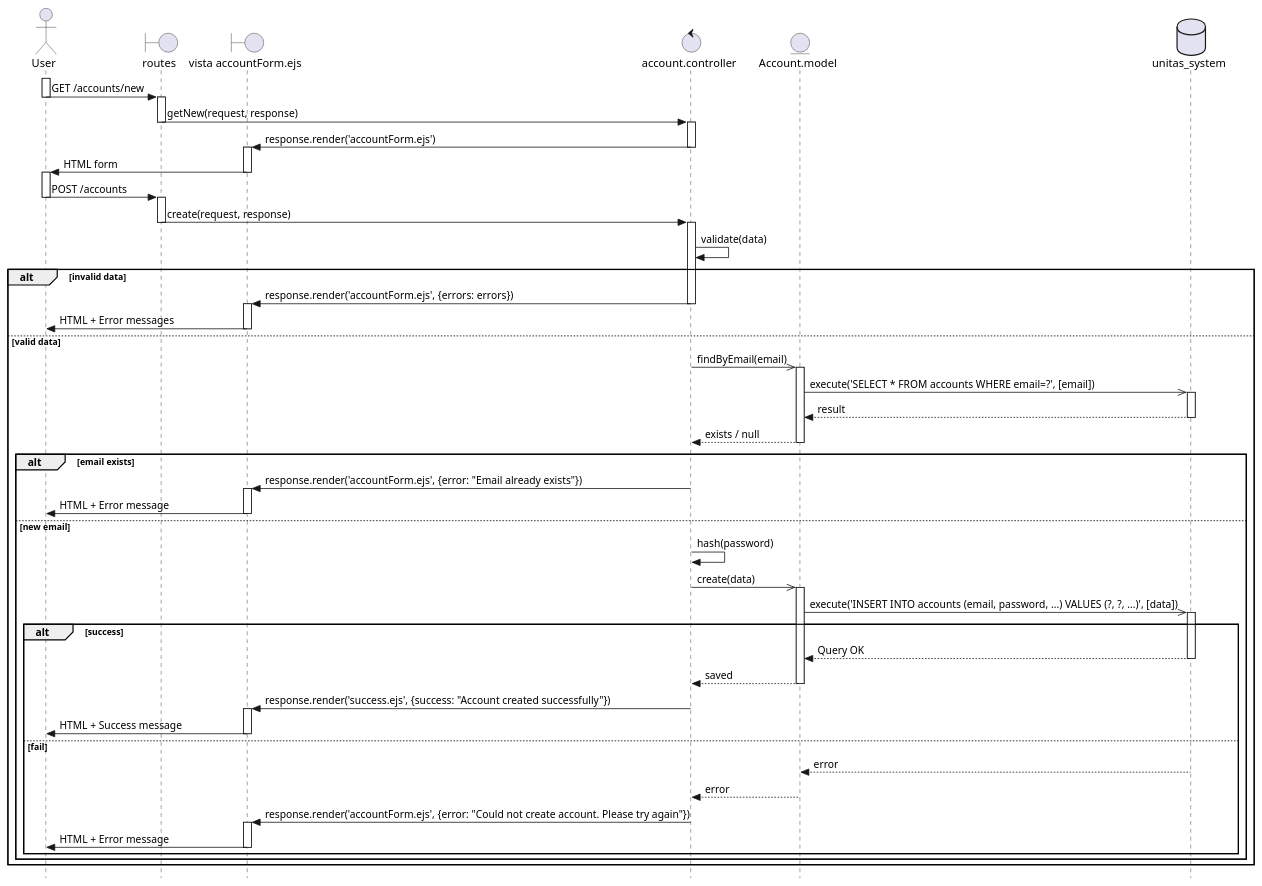
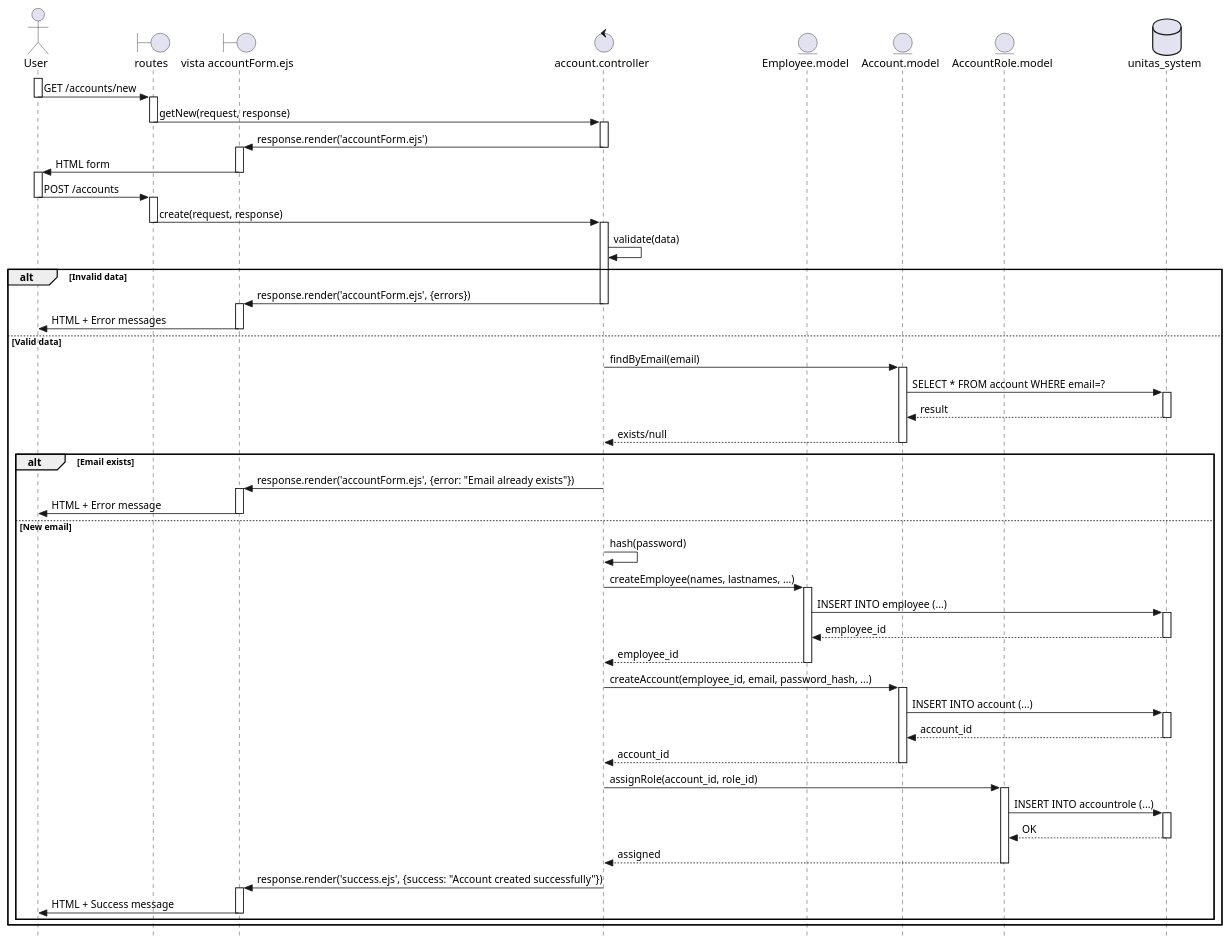
Before and after one commit to Berthou05/LimboSoftwareDevelopment_Change.org: the diagram in documentation/sequence_diagrams/ADMIN-06.puml, drawn with PlantUML. The commit also changed 6 other files, not shown here.

Commit message:
[DOCS] Corrections in activity and sequence diagrams

```diff
--- a/documentation/sequence_diagrams/ADMIN-06.puml
+++ b/documentation/sequence_diagrams/ADMIN-06.puml
@@ -1,94 +1,91 @@
 @startuml
 skinparam style strictuml
 
 actor User as U
 boundary "routes" as RO
 boundary "vista accountForm.ejs" as V
 control "account.controller" as C
+entity "Employee.model" as EM
 entity "Account.model" as AM
+entity "AccountRole.model" as ARM
 database "unitas_system" as BD
 
 activate U
-U -> RO:GET /accounts/new
+U -> RO: GET /accounts/new
 deactivate U
     activate RO
-    RO -> C:getNew(request, response)
+    RO -> C: getNew(request, response)
     deactivate RO
         activate C
-        C -> V:response.render('accountForm.ejs')
+        C -> V: response.render('accountForm.ejs')
         deactivate C
     activate V
-    V -> U:HTML form
+    V -> U: HTML form
     deactivate V
 
 activate U
-U -> RO:POST /accounts
+U -> RO: POST /accounts
 deactivate U
     activate RO
-    RO -> C:create(request, response)
+    RO -> C: create(request, response)
     deactivate RO
         activate C
-        C -> C:validate(data)
-        
-        alt invalid data
-            C -> V:response.render('accountForm.ejs', {errors: errors})
+        C -> C: validate(data)
+        alt Invalid data
+            C -> V: response.render('accountForm.ejs', {errors})
             deactivate C
                 activate V
-                V -> U:HTML + Error messages
+                V -> U: HTML + Error messages
                 deactivate V
-        
-        else valid data
-            C ->> AM:findByEmail(email)
+        else Valid data
+            C -> AM: findByEmail(email)
                 activate AM
-                AM ->> BD:execute('SELECT * FROM accounts WHERE email=?', [email])
+                AM -> BD: SELECT * FROM account WHERE email=?
                     activate BD
-                    BD --> AM:result
+                    BD --> AM: result
                     deactivate BD
-                AM --> C:exists / null
+                AM --> C: exists/null
                 deactivate AM
-            
-            alt email exists
-                C -> V:response.render('accountForm.ejs', {error: "Email already exists"})
+            alt Email exists
+                C -> V: response.render('accountForm.ejs', {error: "Email already exists"})
                 deactivate C
                     activate V
-                    V -> U:HTML + Error message
+                    V -> U: HTML + Error message
                     deactivate V
-            
-            else new email
-                C -> C:hash(password)
-                
-                C ->> AM:create(data)
+            else New email
+                C -> C: hash(password)
+                C -> EM: createEmployee(names, lastnames, ...)
+                    activate EM
+                    EM -> BD: INSERT INTO employee (...)
+                        activate BD
+                        BD --> EM: employee_id
+                        deactivate BD
+                    EM --> C: employee_id
+                    deactivate EM
+                C -> AM: createAccount(employee_id, email, password_hash, ...)
                     activate AM
-                    AM ->> BD:execute('INSERT INTO accounts (email, password, ...) VALUES (?, ?, ...)', [data])
+                    AM -> BD: INSERT INTO account (...)
                         activate BD
-                        
-                        alt success
-                            BD --> AM:Query OK
-                            deactivate BD
-                            AM --> C:saved
-                            deactivate AM
-                            
-                            C -> V:response.render('success.ejs', {success: "Account created successfully"})
-                            deactivate C
-                                activate V
-                                V -> U:HTML + Success message
-                                deactivate V
-                        
-                        else fail
-                            BD --> AM:error
-                            deactivate BD
-                            AM --> C:error
-                            deactivate AM
-                            
-                            C -> V:response.render('accountForm.ejs', {error: "Could not create account. Please try again"})
-                            deactivate C
-                                activate V
-                                V -> U:HTML + Error message
-                                deactivate V
-                        end
+                        BD --> AM: account_id
+                        deactivate BD
+                    AM --> C: account_id
+                    deactivate AM
+                C -> ARM: assignRole(account_id, role_id)
+                    activate ARM
+                    ARM -> BD: INSERT INTO accountrole (...)
+                        activate BD
+                        BD --> ARM: OK
+                        deactivate BD
+                    ARM --> C: assigned
+                    deactivate ARM
+                C -> V: response.render('success.ejs', {success: "Account created successfully"})
+                deactivate C
+                    activate V
+                    V -> U: HTML + Success message
+                    deactivate V
             end
         end
 
 activate U
 
 @enduml
```
